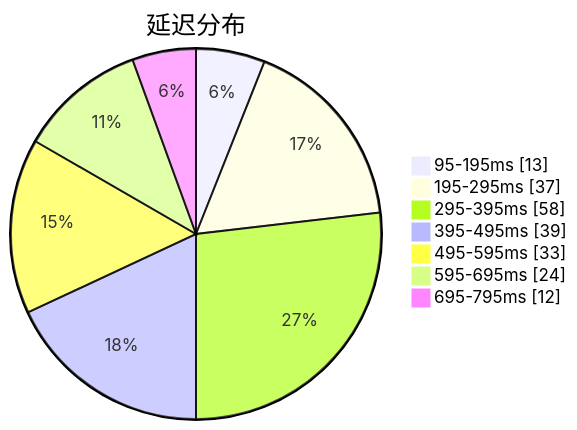
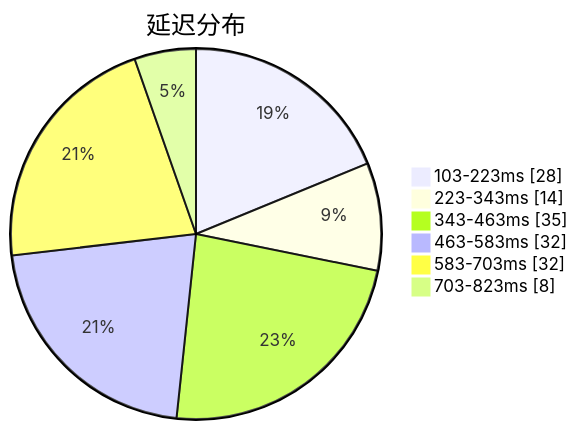
The first of 3 diagrams in subs/statistics/tested_within.md (sinspired/airport), drawn with Mermaid before and after one commit. The commit also changed other lines of this file and 2 other files, not shown here.

````diff
--- a/subs/statistics/tested_within.md
+++ b/subs/statistics/tested_within.md
@@ -2,11 +2,10 @@
 ```mermaid
 pie showData
 title 延迟分布
-"95-195ms" : 13
-"195-295ms" : 37
-"295-395ms" : 58
-"395-495ms" : 39
-"495-595ms" : 33
-"595-695ms" : 24
-"695-795ms" : 12
+"103-223ms" : 28
+"223-343ms" : 14
+"343-463ms" : 35
+"463-583ms" : 32
+"583-703ms" : 32
+"703-823ms" : 8
 ```
````
